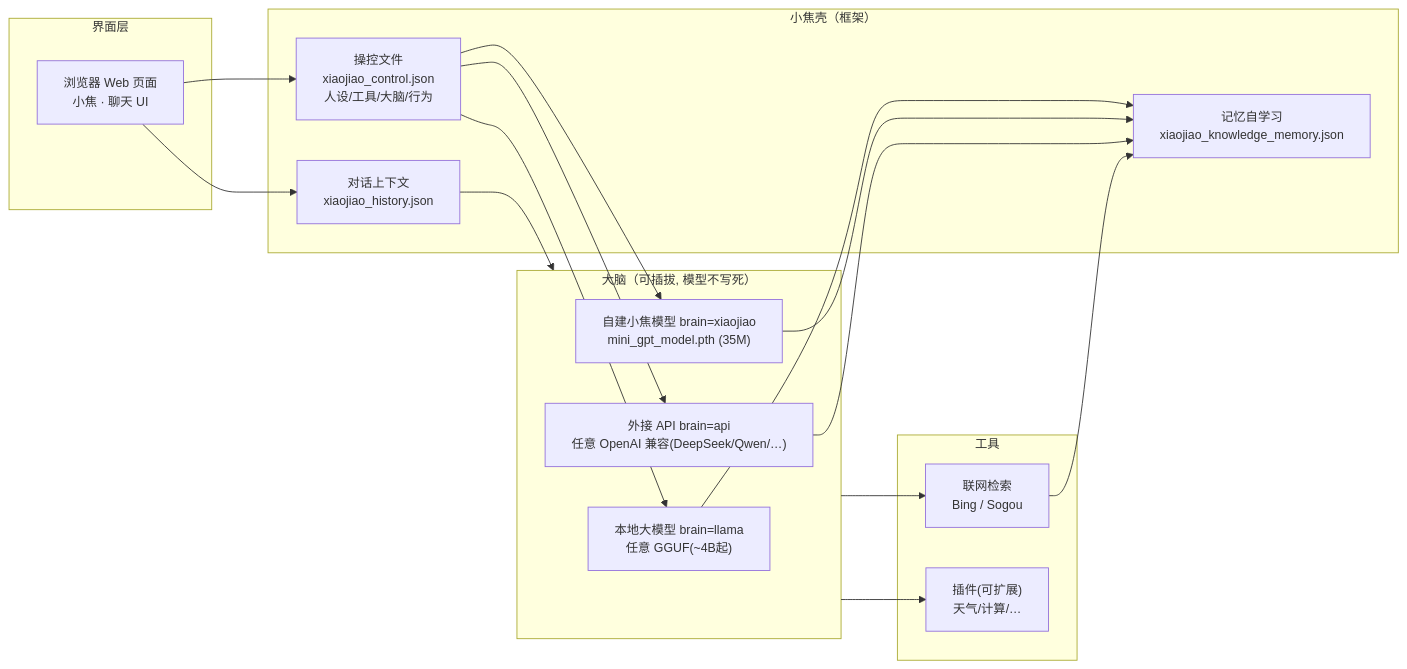
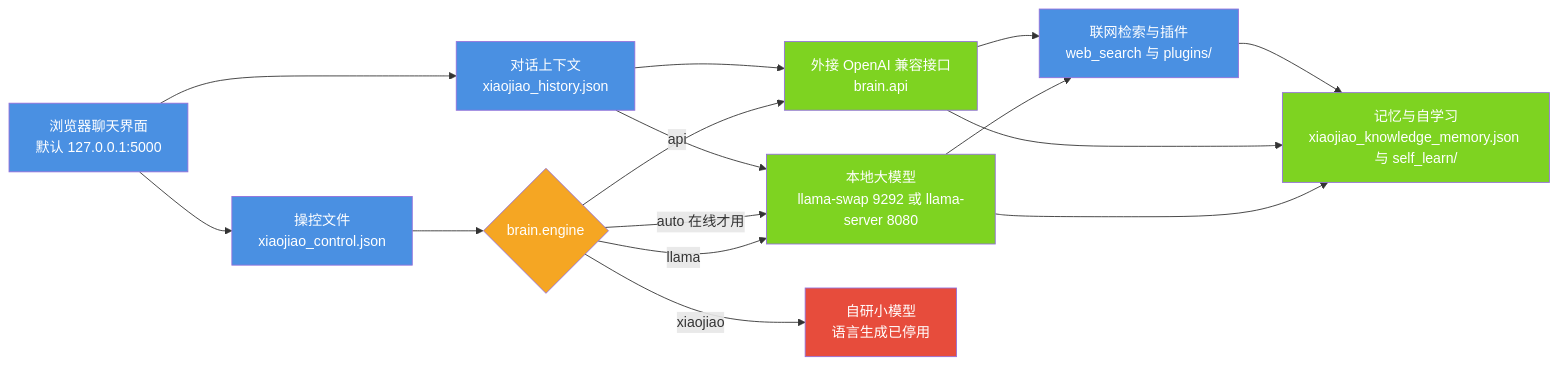
The diagram in docs/model_cn.md (jiangchuangege/xiaojiao-harnees), drawn with Mermaid before and after one commit. The commit also changed other lines of this file and 51 other files, not shown here.

````diff
--- a/docs/model_cn.md
+++ b/docs/model_cn.md
@@ -10,28 +37,26 @@
 ```mermaid
-%%{init: {"themeVariables": {"fontSize": "14px"}, "flowchart": {"htmlLabels": true, "wrappingWidth": 320, "nodeSpacing": 46, "rankSpacing": 64, "useMaxWidth": true}}}%%
 flowchart LR
-    subgraph UI["界面层"]
-        U[浏览器 Web 页面<br/>小焦 · 聊天 UI]
-    end
-    subgraph Shell["小焦壳（框架）"]
-        C["操控文件<br/>xiaojiao_control.json<br/>人设/工具/大脑/行为"]
-        M["记忆自学习<br/>xiaojiao_knowledge_memory.json"]
-        H["对话上下文<br/>xiaojiao_history.json"]
-    end
-    subgraph Brain["大脑（可插拔, 模型不写死）"]
-        B1["本地大模型 brain=llama<br/>任意 GGUF(~4B起)"]
-        B2["自建小焦模型 brain=xiaojiao<br/>mini_gpt_model.pth (35M)"]
-        B3["外接 API brain=api<br/>任意 OpenAI 兼容(DeepSeek/Qwen/…)"]
-    end
-    subgraph Tools["工具"]
-        S["联网检索<br/>Bing / Sogou"]
-        P["插件(可扩展)<br/>天气/计算/…"]
-    end
-
-    U --> C
-    C --> B1 & B2 & B3
-    B1 & B2 & B3 --> M
-    U --> H --> Brain
-    Brain --> S & P
-    S --> M
+    U["浏览器聊天界面<br/>默认 127.0.0.1:5000"] --> CTL["操控文件<br/>xiaojiao_control.json"]
+    CTL --> SEL{"brain.engine"}
+    SEL -- "llama" --> L["本地大模型<br/>llama-swap 9292 或 llama-server 8080"]
+    SEL -- "api" --> A["外接 OpenAI 兼容接口<br/>brain.api"]
+    SEL -- "auto 在线才用" --> L
+    SEL -- "xiaojiao" --> X["自研小模型<br/>语言生成已停用"]
+    U --> HIS["对话上下文<br/>xiaojiao_history.json"]
+    HIS --> L
+    HIS --> A
+    L --> MEM["记忆与自学习<br/>xiaojiao_knowledge_memory.json 与 self_learn/"]
+    A --> MEM
+    L --> TOOL["联网检索与插件<br/>web_search 与 plugins/"]
+    A --> TOOL
+    TOOL --> MEM
+    style U fill:#4A90E2,color:#fff
+    style CTL fill:#4A90E2,color:#fff
+    style SEL fill:#F5A623,color:#fff
+    style L fill:#7ED321,color:#fff
+    style A fill:#7ED321,color:#fff
+    style X fill:#E74C3C,color:#fff
+    style HIS fill:#4A90E2,color:#fff
+    style MEM fill:#7ED321,color:#fff
+    style TOOL fill:#4A90E2,color:#fff
 ```
````
